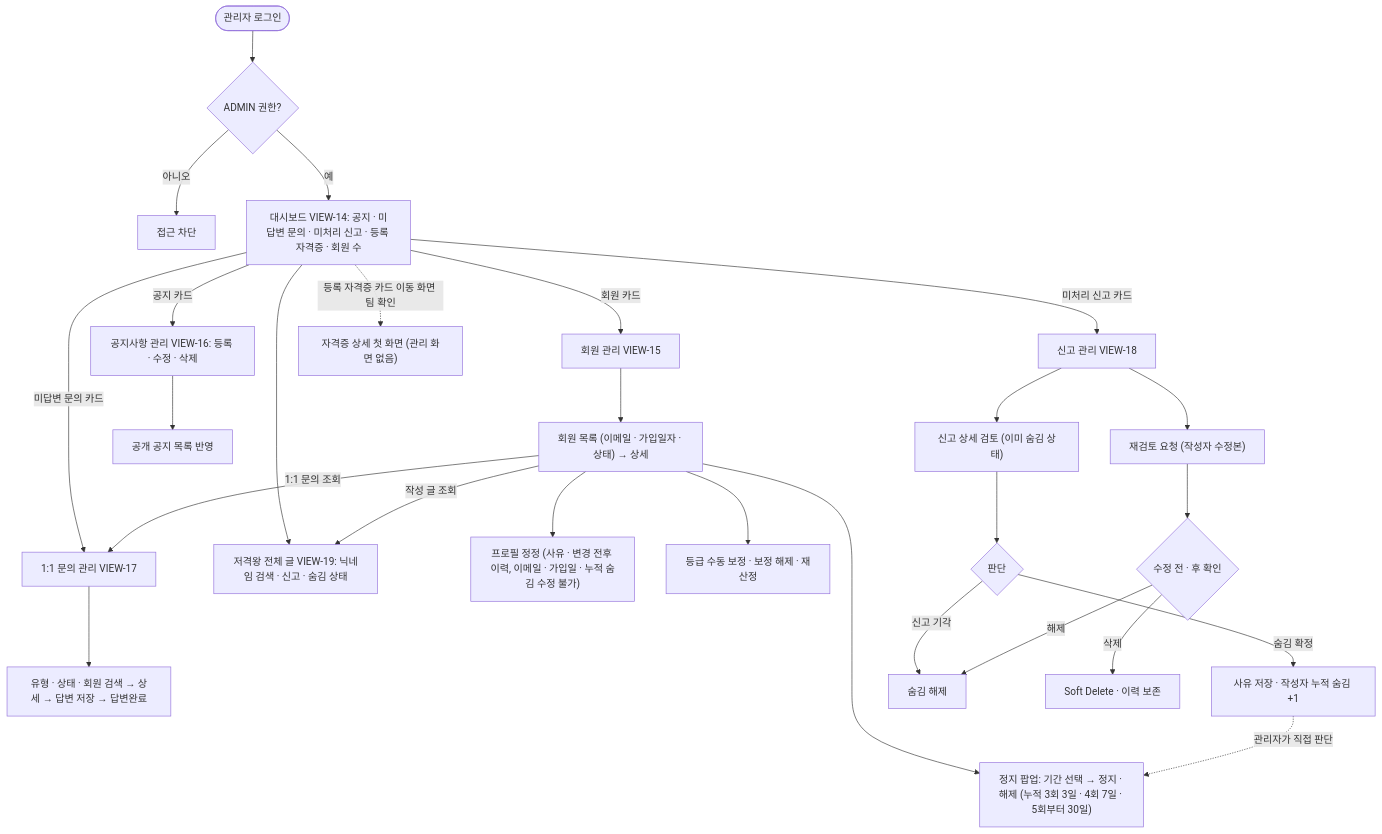
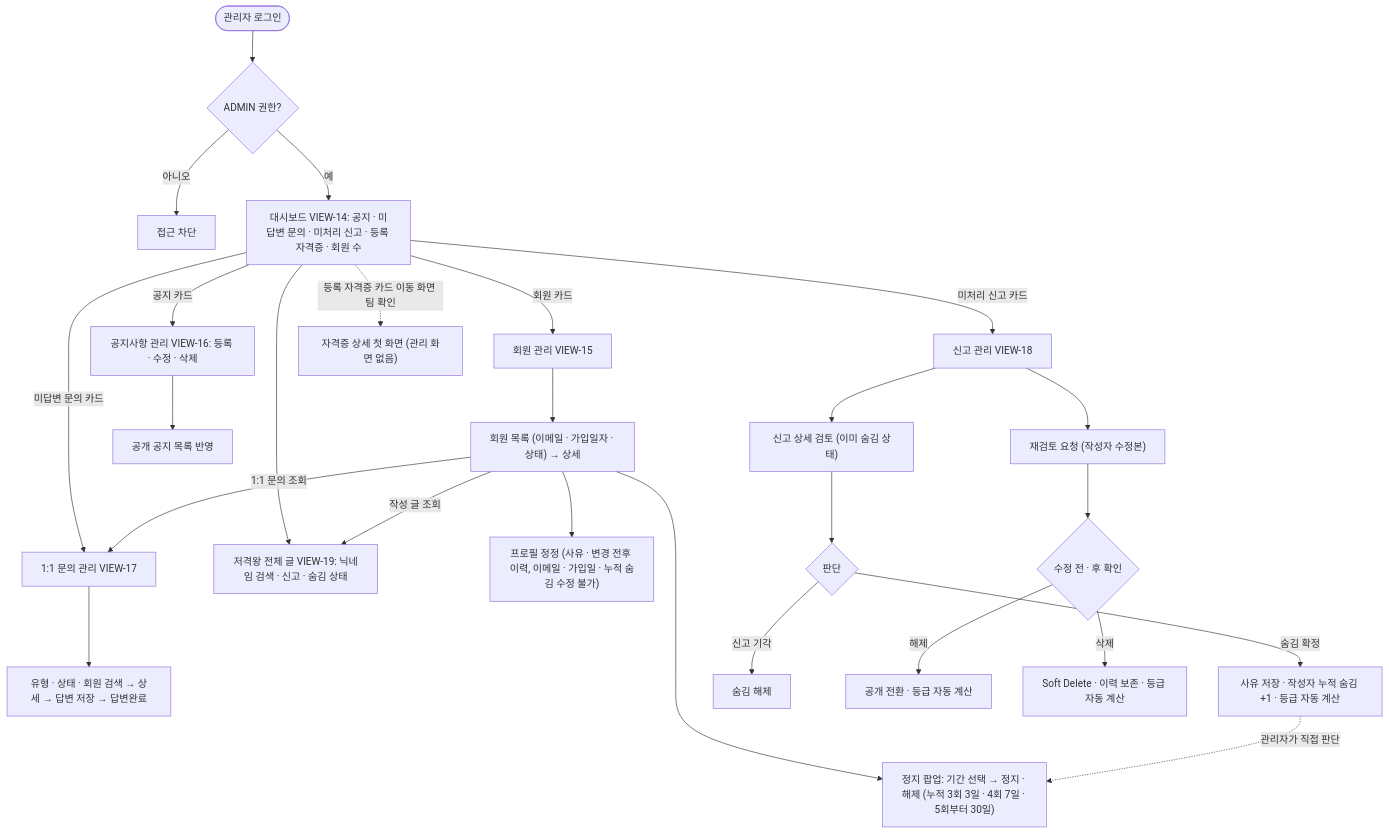
Before and after one commit to team-ap-cert-sniper/cert-sniper: the tenth of 12 diagrams in docs/FLOWCHART.md, drawn with Mermaid. The commit also changed other lines of this file and 29 other files, not shown here.

Commit message:
DB 설계서 업데이트: 스키아- ERD - 플로우차트 - etl - README

````diff
--- a/docs/FLOWCHART.md
+++ b/docs/FLOWCHART.md
@@ -342,29 +342,28 @@
 ```mermaid
 flowchart TD
   A(["관리자 로그인"]) --> B{"ADMIN 권한?"}
   B -->|아니오| N["접근 차단"]
   B -->|예| D["대시보드 VIEW-14: 공지 · 미답변 문의 · 미처리 신고 · 등록 자격증 · 회원 수"]
   D -->|회원 카드| U["회원 관리 VIEW-15"]
   D -->|공지 카드| NT["공지사항 관리 VIEW-16: 등록 · 수정 · 삭제"]
   D -->|미답변 문의 카드| Q["1:1 문의 관리 VIEW-17"]
   D -->|미처리 신고 카드| R["신고 관리 VIEW-18"]
   D -.->|등록 자격증 카드 이동 화면 팀 확인| QD["자격증 상세 첫 화면 (관리 화면 없음)"]
   D --> PS["저격왕 전체 글 VIEW-19: 닉네임 검색 · 신고 · 숨김 상태"]
   U --> U0["회원 목록 (이메일 · 가입일자 · 상태) → 상세"]
   U0 --> U1["프로필 정정 (사유 · 변경 전후 이력, 이메일 · 가입일 · 누적 숨김 수정 불가)"]
-  U0 --> U2["등급 수동 보정 · 보정 해제 · 재산정"]
   U0 --> U3["정지 팝업: 기간 선택 → 정지 · 해제 (누적 3회 3일 · 4회 7일 · 5회부터 30일)"]
   U0 -->|작성 글 조회| PS
   U0 -->|1:1 문의 조회| Q
   NT --> NT1["공개 공지 목록 반영"]
   Q --> Q1["유형 · 상태 · 회원 검색 → 상세 → 답변 저장 → 답변완료"]
   R --> R1["신고 상세 검토 (이미 숨김 상태)"]
   R1 --> R2{"판단"}
-  R2 -->|숨김 확정| R3["사유 저장 · 작성자 누적 숨김 +1"]
+  R2 -->|숨김 확정| R3["사유 저장 · 작성자 누적 숨김 +1 · 등급 자동 계산"]
   R2 -->|신고 기각| R4["숨김 해제"]
   R3 -.->|관리자가 직접 판단| U3
   R --> RV["재검토 요청 (작성자 수정본)"]
   RV --> RV1{"수정 전 · 후 확인"}
-  RV1 -->|해제| R4
-  RV1 -->|삭제| R5["Soft Delete · 이력 보존"]
+  RV1 -->|해제| RV2["공개 전환 · 등급 자동 계산"]
+  RV1 -->|삭제| R5["Soft Delete · 이력 보존 · 등급 자동 계산"]
 ```
````
